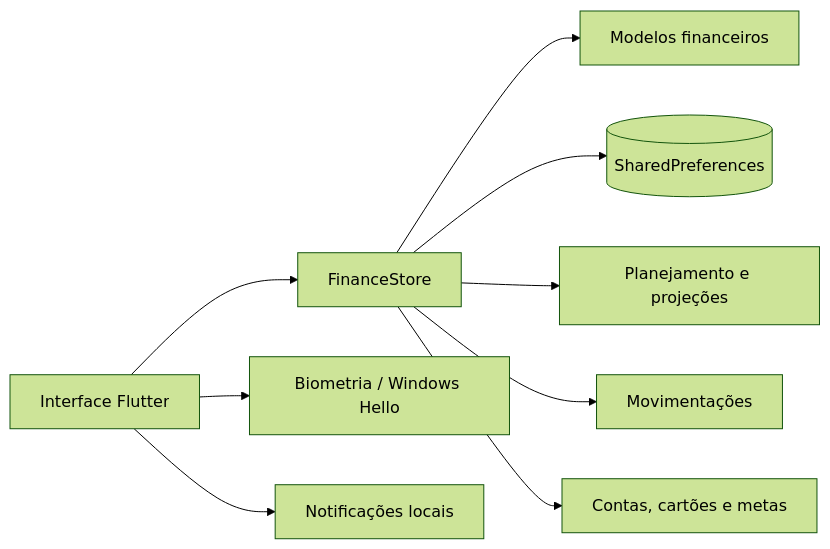
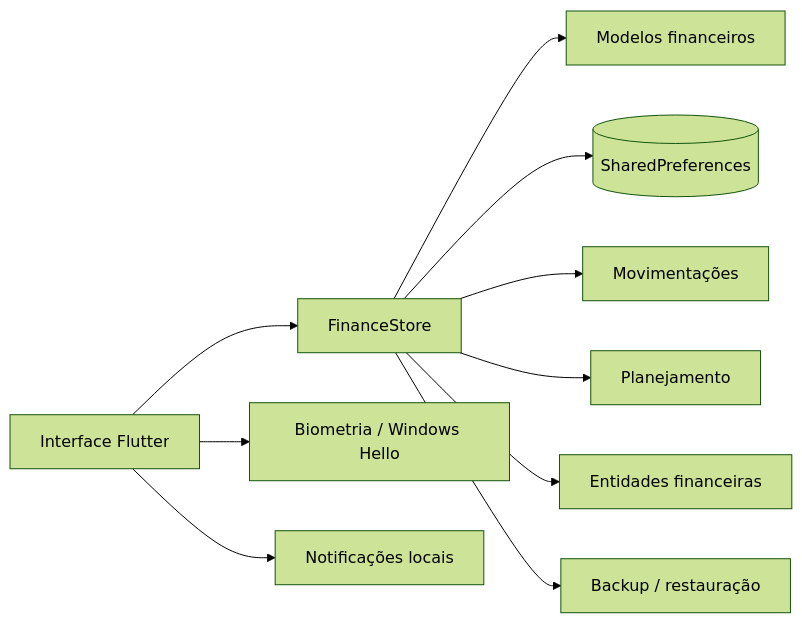
The diagram in README.md (VictorAms12/finora), drawn with Mermaid (forest theme) before and after one commit. The commit also changed other lines of this file and 16 other files, not shown here.

````diff
--- a/README.md
+++ b/README.md
@@ -309,11 +126,12 @@
 ```mermaid
 flowchart LR
     UI[Interface Flutter] --> STORE[FinanceStore]
     STORE --> DATA[Modelos financeiros]
     STORE --> LOCAL[(SharedPreferences)]
-    STORE --> PLAN[Planejamento e projeções]
     STORE --> TX[Movimentações]
-    STORE --> ENT[Contas, cartões e metas]
+    STORE --> PLAN[Planejamento]
+    STORE --> ENT[Entidades financeiras]
+    STORE --> BACKUP[Backup / restauração]
     UI --> AUTH[Biometria / Windows Hello]
     UI --> NOTIF[Notificações locais]
 ```
````
